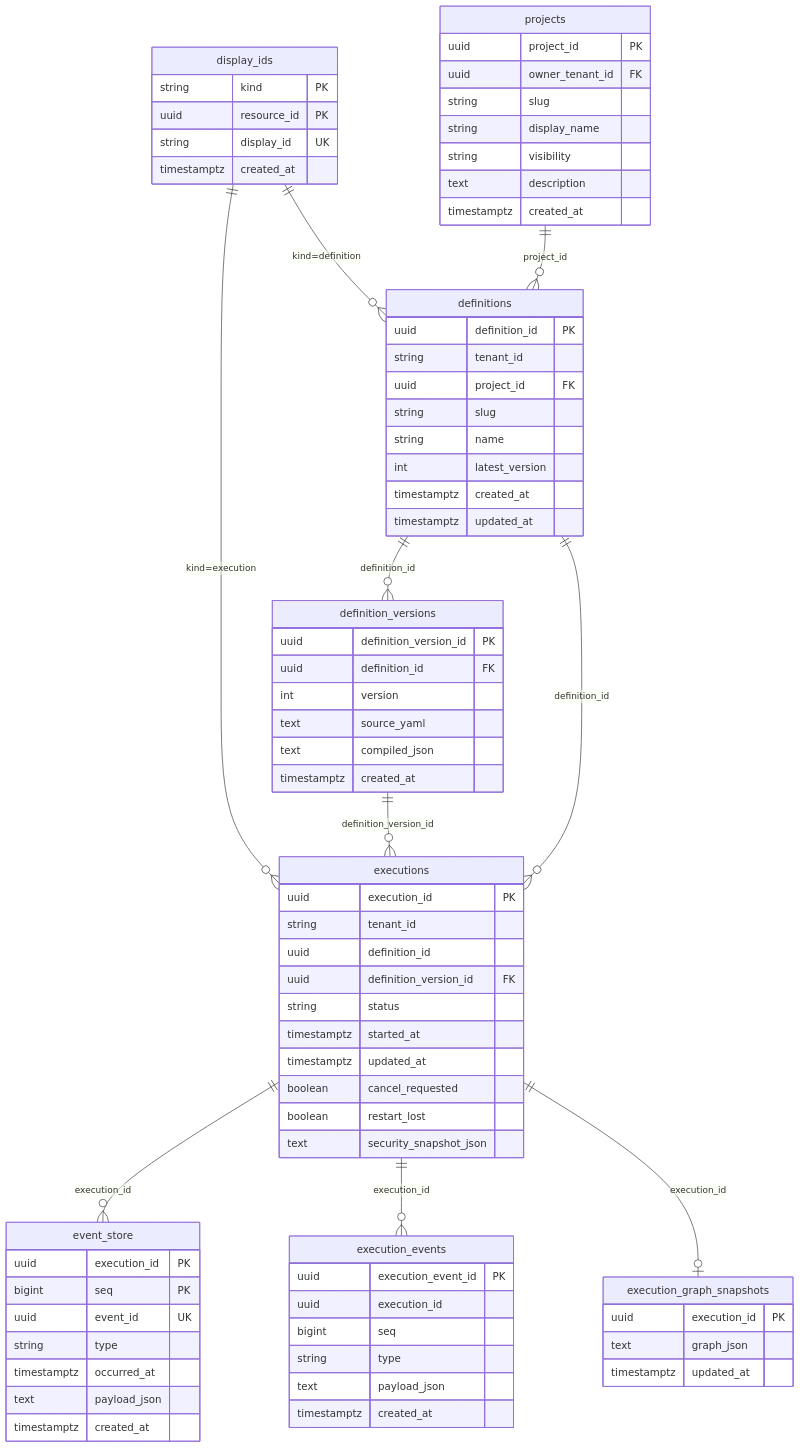
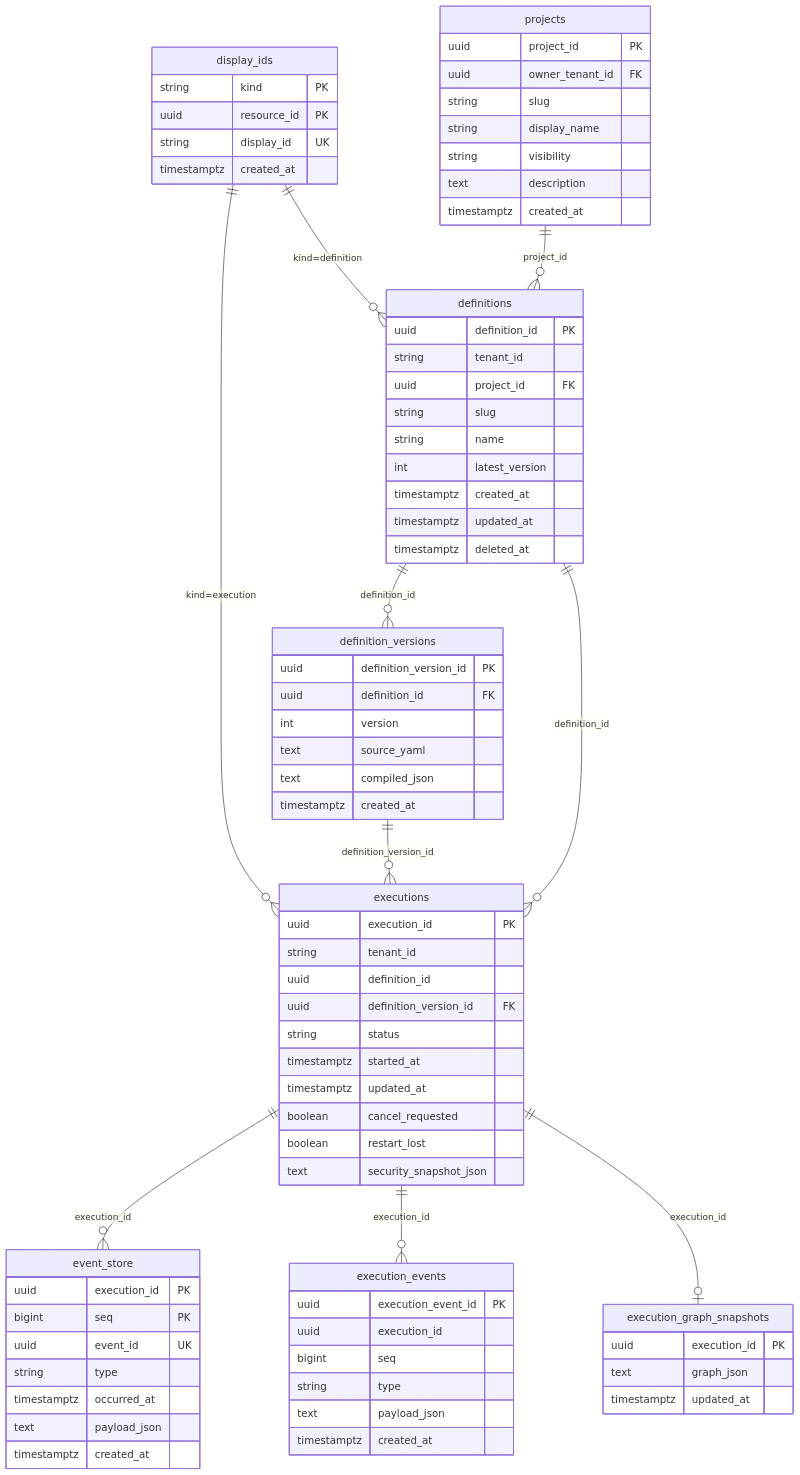
One commit to MichiharuShiba/statevia changed the first of 4 diagrams in docs/reference/database-schema.md. Above: the diagram before and after it, drawn with Mermaid. The commit also changed other lines of this file and 37 other files, not shown here.

```diff
--- a/docs/reference/database-schema.md
+++ b/docs/reference/database-schema.md
@@ -535,6 +543,7 @@
     int latest_version
     timestamptz created_at
     timestamptz updated_at
+    timestamptz deleted_at
   }
 
   definition_versions {
```
